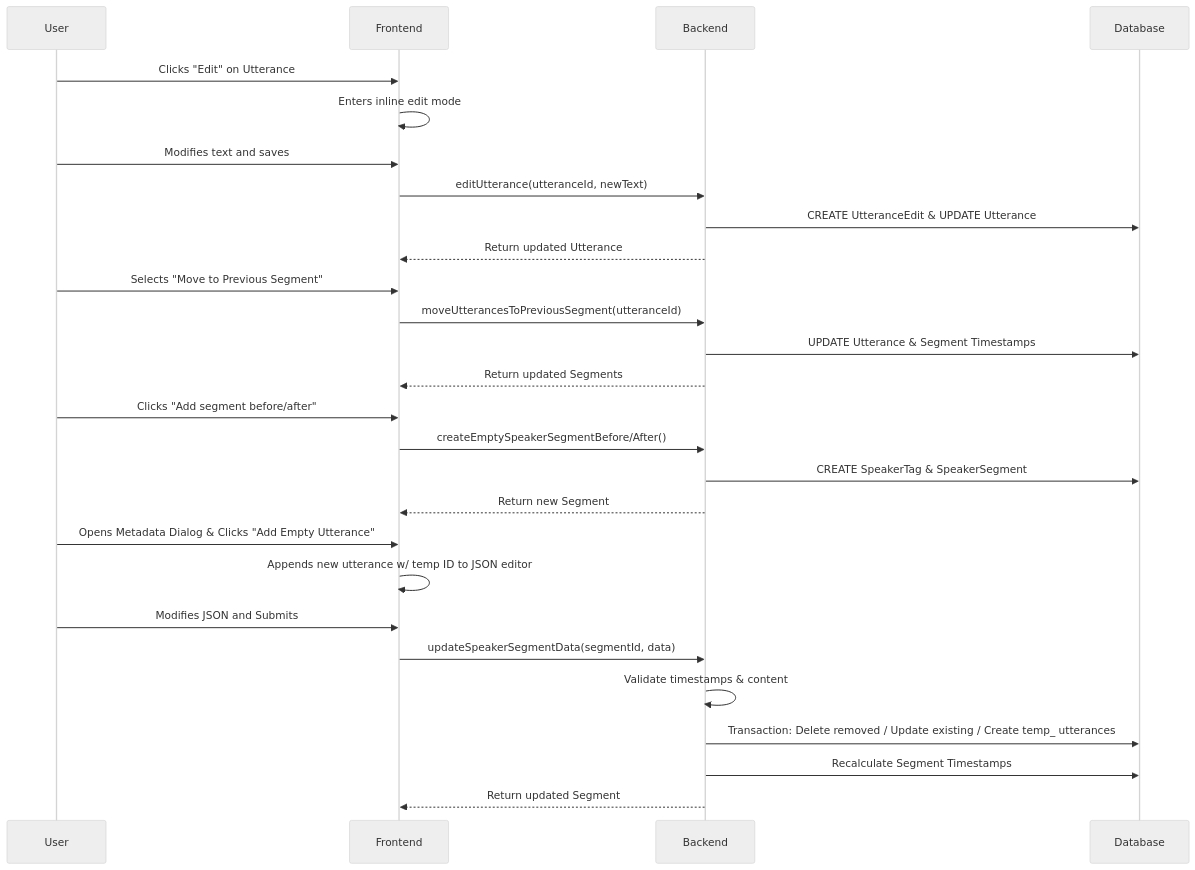
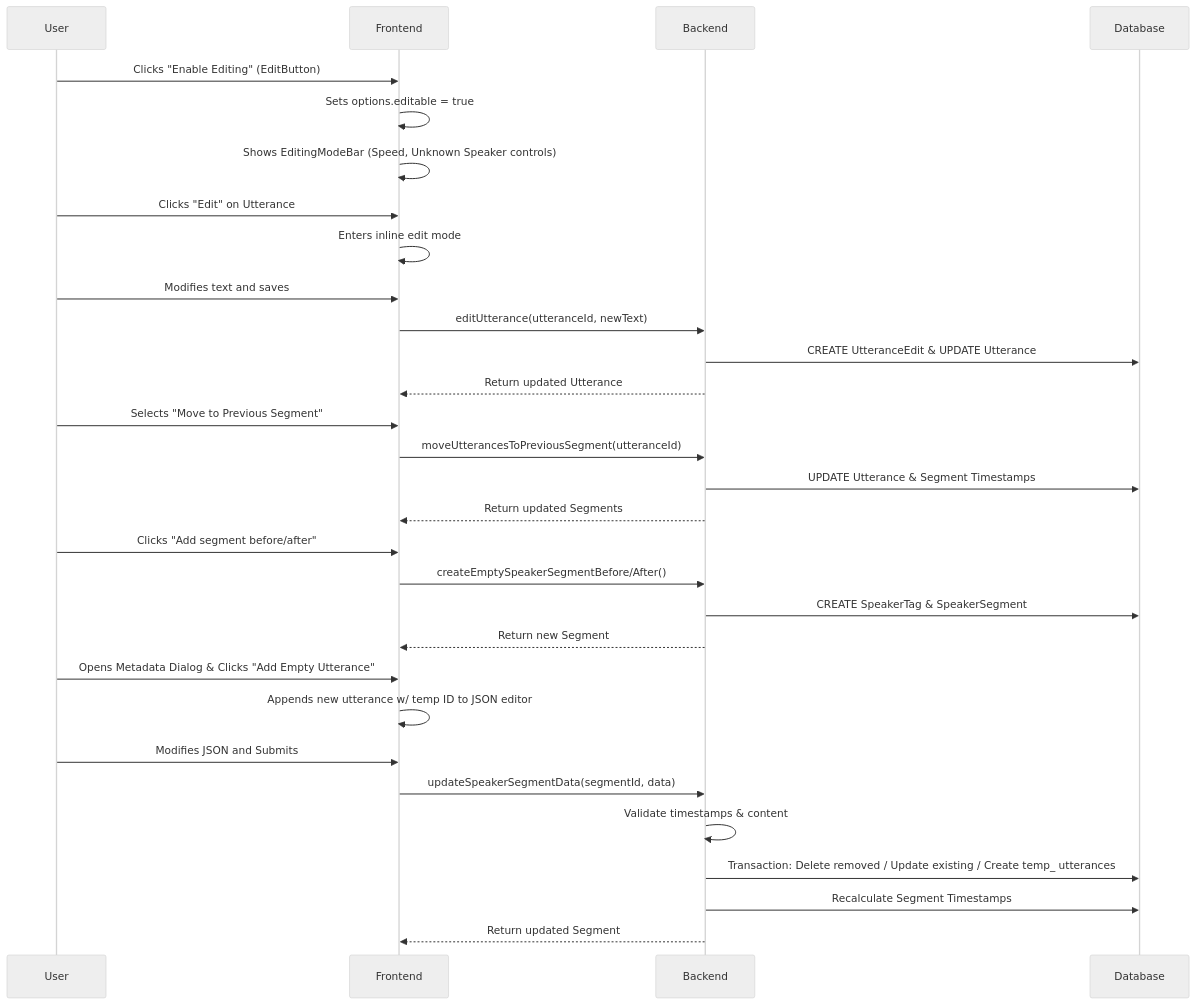
Before and after one commit to schemalabz/opencouncil: the diagram in docs/guides/editing-interface.md, drawn with Mermaid (neutral theme). The commit also changed other lines of this file and 8 other files, not shown here.

First line of the commit message:
feat(editing-interface): add editing mode bar

````diff
--- a/docs/guides/editing-interface.md
+++ b/docs/guides/editing-interface.md
@@ -38,37 +46,42 @@
 ```mermaid
 sequenceDiagram
     participant User
     participant Frontend
     participant Backend
     participant Database
+
+    %% Mode Activation
+    User->>Frontend: Clicks "Enable Editing" (EditButton)
+    Frontend->>Frontend: Sets options.editable = true
+    Frontend->>Frontend: Shows EditingModeBar (Speed, Unknown Speaker controls)
 
     %% Text Editing Flow
     User->>Frontend: Clicks "Edit" on Utterance
     Frontend->>Frontend: Enters inline edit mode
     User->>Frontend: Modifies text and saves
     Frontend->>Backend: editUtterance(utteranceId, newText)
     Backend->>Database: CREATE UtteranceEdit & UPDATE Utterance
     Backend-->>Frontend: Return updated Utterance
 
     %% Structural Editing Flow
     User->>Frontend: Selects "Move to Previous Segment"
     Frontend->>Backend: moveUtterancesToPreviousSegment(utteranceId)
     Backend->>Database: UPDATE Utterance & Segment Timestamps
     Backend-->>Frontend: Return updated Segments
 
     %% Segment Creation Flow
     User->>Frontend: Clicks "Add segment before/after"
     Frontend->>Backend: createEmptySpeakerSegmentBefore/After()
     Backend->>Database: CREATE SpeakerTag & SpeakerSegment
     Backend-->>Frontend: Return new Segment
 
     %% Advanced Segment Editing
     User->>Frontend: Opens Metadata Dialog & Clicks "Add Empty Utterance"
     Frontend->>Frontend: Appends new utterance w/ temp ID to JSON editor
     User->>Frontend: Modifies JSON and Submits
     Frontend->>Backend: updateSpeakerSegmentData(segmentId, data)
     Backend->>Backend: Validate timestamps & content
     Backend->>Database: Transaction: Delete removed / Update existing / Create temp_ utterances
     Backend->>Database: Recalculate Segment Timestamps
     Backend-->>Frontend: Return updated Segment
 ```
````
